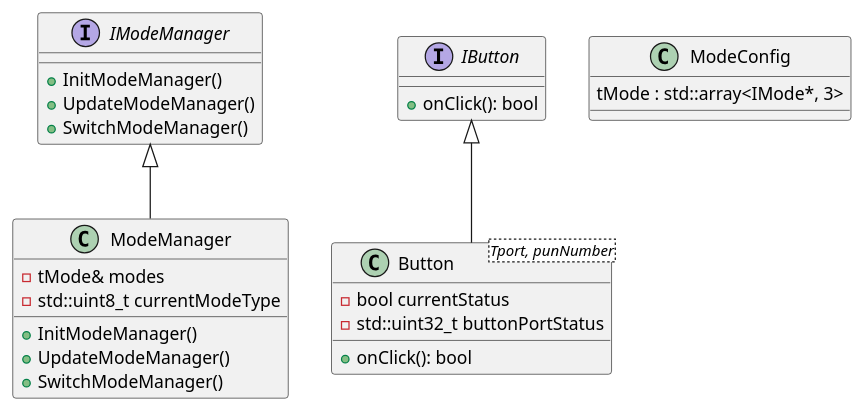
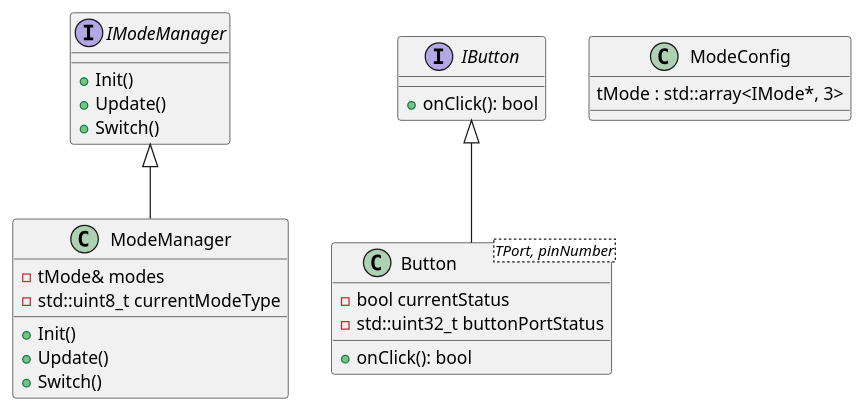
One commit to ZaKBin/LABS changed the diagram in 5-6.adoc. Above: the diagram before and after it, drawn with PlantUML. The commit also changed other lines of this file, not shown here.

```diff
--- a/5-6.adoc
+++ b/5-6.adoc
@@ -30,37 +30,37 @@
 [plantuml]
 ----
 @startuml
 
 interface IModeManager {
-  + InitModeManager()
-  + UpdateModeManager()
-  + SwitchModeManager()
+  + Init()
+  + Update()
+  + Switch()
 }
 
 interface IButton {
   + onClick(): bool
 }
 
 class ModeManager {
   - tMode& modes
   - std::uint8_t currentModeType
-  + InitModeManager()
-  + UpdateModeManager()
-  + SwitchModeManager()
+  + Init()
+  + Update()
+  + Switch()
 }
 
-class Button<Tport, punNumber> {
+class Button<TPort, pinNumber> {
   - bool currentStatus
   - std::uint32_t buttonPortStatus
   + onClick(): bool
 }
 
 class ModeConfig {
   tMode : std::array<IMode*, 3>
 }
 
 IModeManager <|-- ModeManager
 IButton <|-- Button
 
 @enduml
 ----
```
